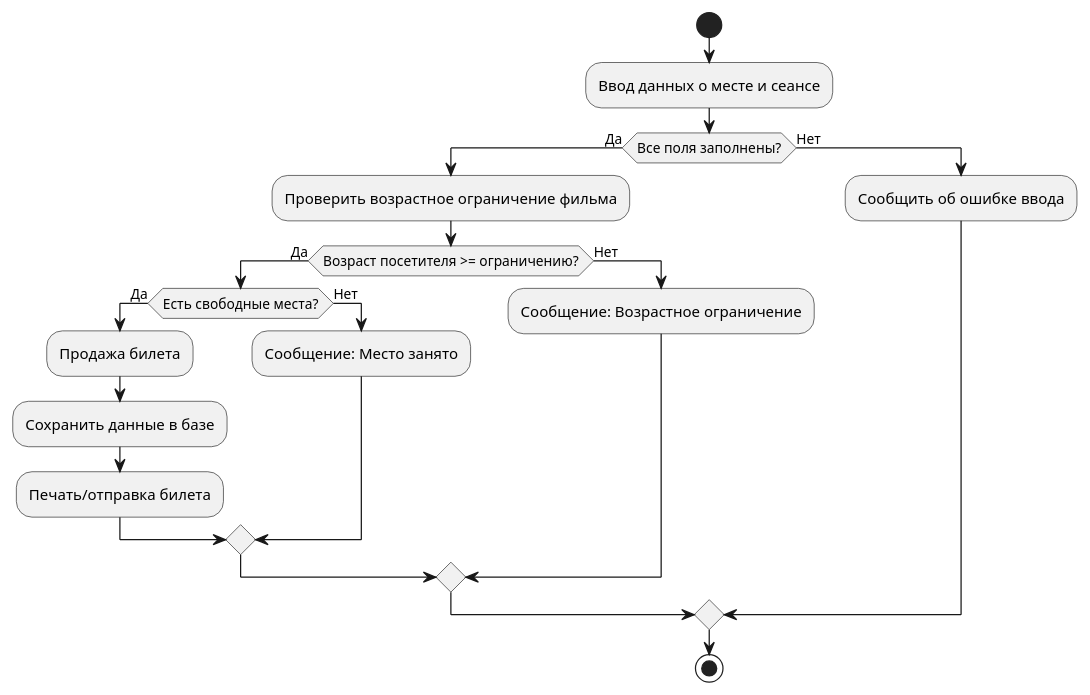
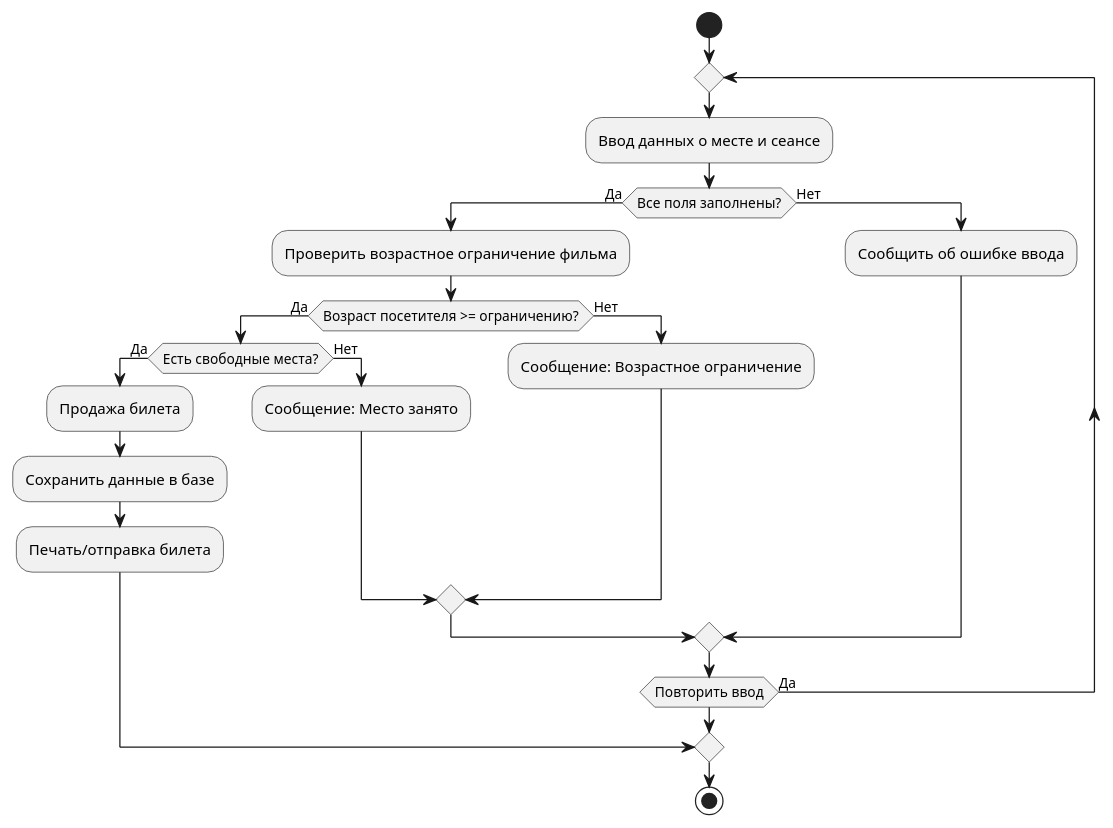
The diagram in blockscheme.puml (zirsty/githublab3), drawn with PlantUML before and after one commit. The commit also changed 6 other files, not shown here.

```diff
--- a/blockscheme.puml
+++ b/blockscheme.puml
@@ -1,24 +1,25 @@
 @startuml
 start
 
-:Ввод данных о месте и сеансе;
-
-if (Все поля заполнены?) then (Да)
+repeat
+  :Ввод данных о месте и сеансе;
+  if (Все поля заполнены?) then (Да)
     :Проверить возрастное ограничение фильма;
     if (Возраст посетителя >= ограничению?) then (Да)
-        if (Есть свободные места?) then (Да)
-            :Продажа билета;
-            :Сохранить данные в базе;
-            :Печать/отправка билета;
-        else (Нет)
-            :Сообщение: Место занято;
-        endif
+      if (Есть свободные места?) then (Да)
+        :Продажа билета;
+        :Сохранить данные в базе;
+        :Печать/отправка билета;
+        break
+      else (Нет)
+        :Сообщение: Место занято;
+      endif
     else (Нет)
-        :Сообщение: Возрастное ограничение;
+      :Сообщение: Возрастное ограничение;
     endif
-else (Нет)
+  else (Нет)
     :Сообщить об ошибке ввода;
-endif
-
+  endif
+repeat while (Повторить ввод) is (Да)
 stop
 @enduml
```
